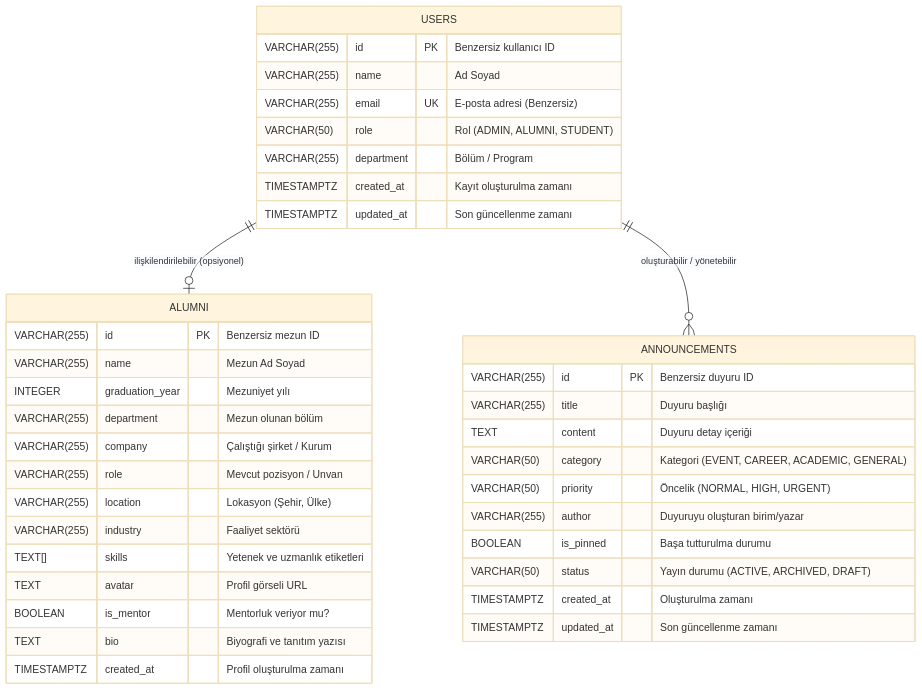
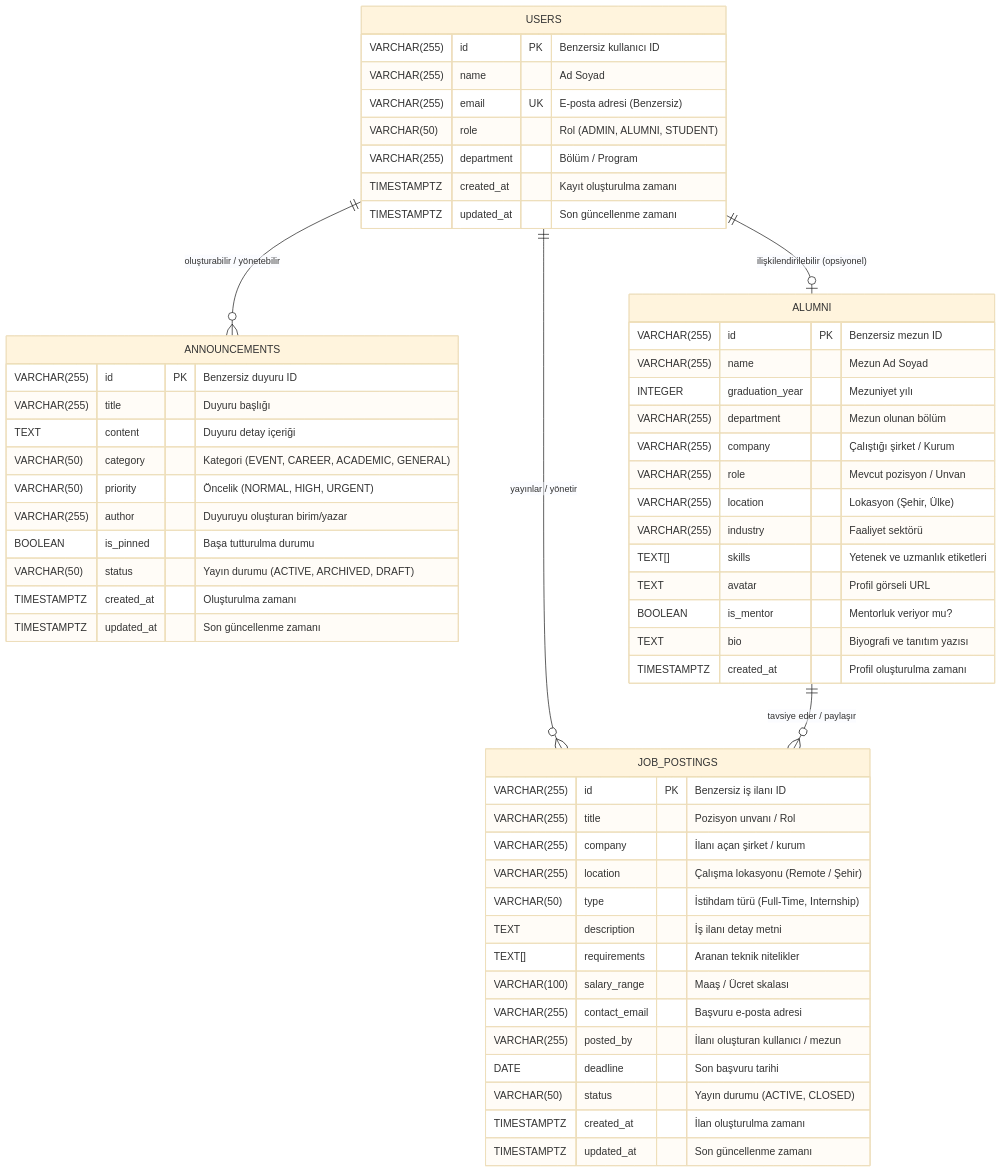
Before and after one commit to erenkilic3/Alumni: the diagram in ddd.md, drawn with Mermaid (base theme). The commit also changed other lines of this file and 13 other files, not shown here.

Commit message:
feat(db): update ddd.md with job-posting schema, migration 005, model, factory, and seeder

````diff
--- a/ddd.md
+++ b/ddd.md
@@ -11,44 +11,63 @@
 ```mermaid
 erDiagram
     USERS {
         VARCHAR(255) id PK "Benzersiz kullanıcı ID"
         VARCHAR(255) name "Ad Soyad"
         VARCHAR(255) email UK "E-posta adresi (Benzersiz)"
         VARCHAR(50) role "Rol (ADMIN, ALUMNI, STUDENT)"
         VARCHAR(255) department "Bölüm / Program"
         TIMESTAMPTZ created_at "Kayıt oluşturulma zamanı"
         TIMESTAMPTZ updated_at "Son güncellenme zamanı"
     }
 
     ANNOUNCEMENTS {
         VARCHAR(255) id PK "Benzersiz duyuru ID"
         VARCHAR(255) title "Duyuru başlığı"
         TEXT content "Duyuru detay içeriği"
         VARCHAR(50) category "Kategori (EVENT, CAREER, ACADEMIC, GENERAL)"
         VARCHAR(50) priority "Öncelik (NORMAL, HIGH, URGENT)"
         VARCHAR(255) author "Duyuruyu oluşturan birim/yazar"
         BOOLEAN is_pinned "Başa tutturulma durumu"
         VARCHAR(50) status "Yayın durumu (ACTIVE, ARCHIVED, DRAFT)"
         TIMESTAMPTZ created_at "Oluşturulma zamanı"
         TIMESTAMPTZ updated_at "Son güncellenme zamanı"
     }
 
     ALUMNI {
         VARCHAR(255) id PK "Benzersiz mezun ID"
         VARCHAR(255) name "Mezun Ad Soyad"
         INTEGER graduation_year "Mezuniyet yılı"
         VARCHAR(255) department "Mezun olunan bölüm"
         VARCHAR(255) company "Çalıştığı şirket / Kurum"
         VARCHAR(255) role "Mevcut pozisyon / Unvan"
         VARCHAR(255) location "Lokasyon (Şehir, Ülke)"
         VARCHAR(255) industry "Faaliyet sektörü"
         TEXT[] skills "Yetenek ve uzmanlık etiketleri"
         TEXT avatar "Profil görseli URL"
         BOOLEAN is_mentor "Mentorluk veriyor mu?"
         TEXT bio "Biyografi ve tanıtım yazısı"
         TIMESTAMPTZ created_at "Profil oluşturulma zamanı"
     }
 
+    JOB_POSTINGS {
+        VARCHAR(255) id PK "Benzersiz iş ilanı ID"
+        VARCHAR(255) title "Pozisyon unvanı / Rol"
+        VARCHAR(255) company "İlanı açan şirket / kurum"
+        VARCHAR(255) location "Çalışma lokasyonu (Remote / Şehir)"
+        VARCHAR(50) type "İstihdam türü (Full-Time, Internship)"
+        TEXT description "İş ilanı detay metni"
+        TEXT[] requirements "Aranan teknik nitelikler"
+        VARCHAR(100) salary_range "Maaş / Ücret skalası"
+        VARCHAR(255) contact_email "Başvuru e-posta adresi"
+        VARCHAR(255) posted_by "İlanı oluşturan kullanıcı / mezun"
+        DATE deadline "Son başvuru tarihi"
+        VARCHAR(50) status "Yayın durumu (ACTIVE, CLOSED)"
+        TIMESTAMPTZ created_at "İlan oluşturulma zamanı"
+        TIMESTAMPTZ updated_at "Son güncellenme zamanı"
+    }
+
     USERS ||--o| ALUMNI : "ilişkilendirilebilir (opsiyonel)"
     USERS ||--o{ ANNOUNCEMENTS : "oluşturabilir / yönetebilir"
+    USERS ||--o{ JOB_POSTINGS : "yayınlar / yönetir"
+    ALUMNI ||--o{ JOB_POSTINGS : "tavsiye eder / paylaşır"
 ```
````
